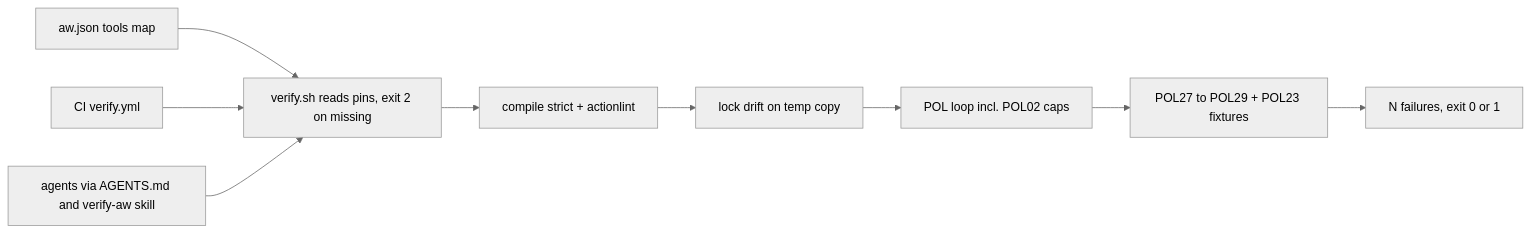
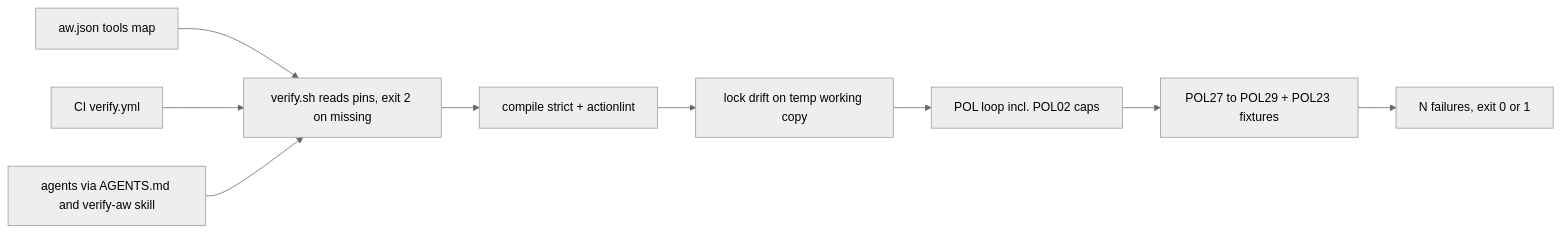
Before and after one commit to svennijhuis/agentic-workflows: the second of 2 diagrams in docs/pbi/verify/VF01.md, drawn with Mermaid (neutral theme). The commit also changed other lines of this file and 2 other files, not shown here.

````diff
--- a/docs/pbi/verify/VF01.md
+++ b/docs/pbi/verify/VF01.md
@@ -130,11 +147,11 @@
 ```mermaid
 flowchart LR
   A[aw.json tools map] --> B[verify.sh reads pins, exit 2 on missing]
   B --> C[compile strict + actionlint]
-  C --> D[lock drift on temp copy]
+  C --> D[lock drift on temp working copy]
   D --> E[POL loop incl. POL02 caps]
   E --> F[POL27 to POL29 + POL23 fixtures]
   F --> G[N failures, exit 0 or 1]
   H[CI verify.yml] --> B
   I[agents via AGENTS.md and verify-aw skill] --> B
 ```
````
